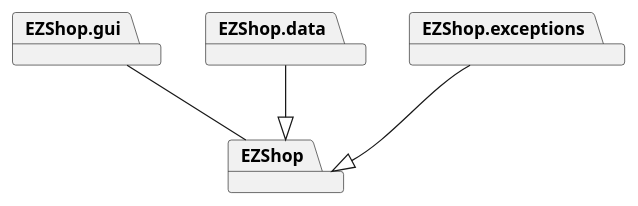
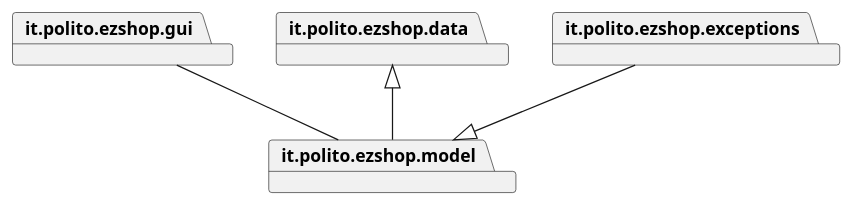
One commit to Stormz4/group20-EzShop changed the first of 20 diagrams in Deliverables/DesignDocument.md. Above: the diagram before and after it, drawn with PlantUML. The commit also changed other lines of this file and 1 other file, not shown here.

Commit message:
Doc: Updated class diagram, new official requirements

````diff
--- a/Deliverables/DesignDocument.md
+++ b/Deliverables/DesignDocument.md
@@ -35,11 +36,11 @@
 ```plantuml
 @startuml
-package EZShop.gui
-package EZShop
-package EZShop.data
-package EZShop.exceptions
-EZShop.gui -- EZShop
-EZShop.exceptions --|> EZShop
-EZShop.data --|> EZShop
+package it.polito.ezshop.gui
+package it.polito.ezshop.model
+package it.polito.ezshop.data
+package it.polito.ezshop.exceptions
+it.polito.ezshop.gui -- it.polito.ezshop.model
+it.polito.ezshop.exceptions --|> it.polito.ezshop.model
+it.polito.ezshop.data <|-- it.polito.ezshop.model
 @enduml
 ```
````
